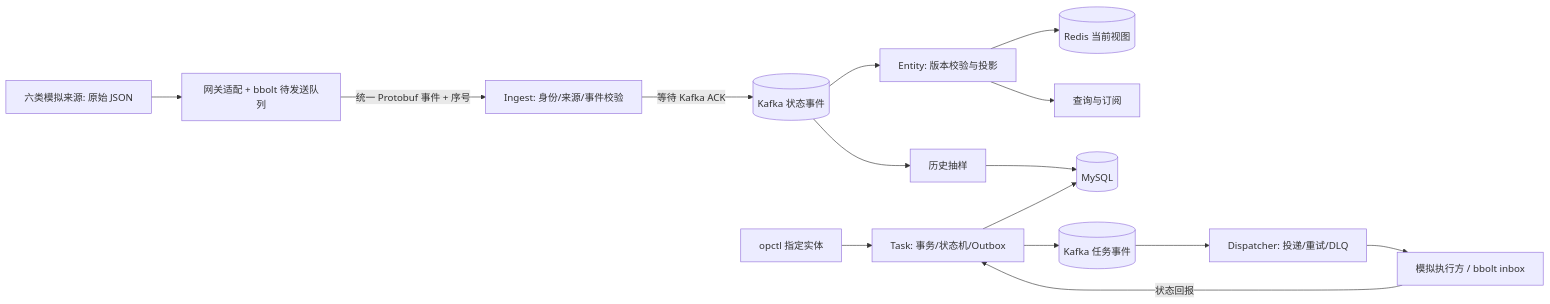
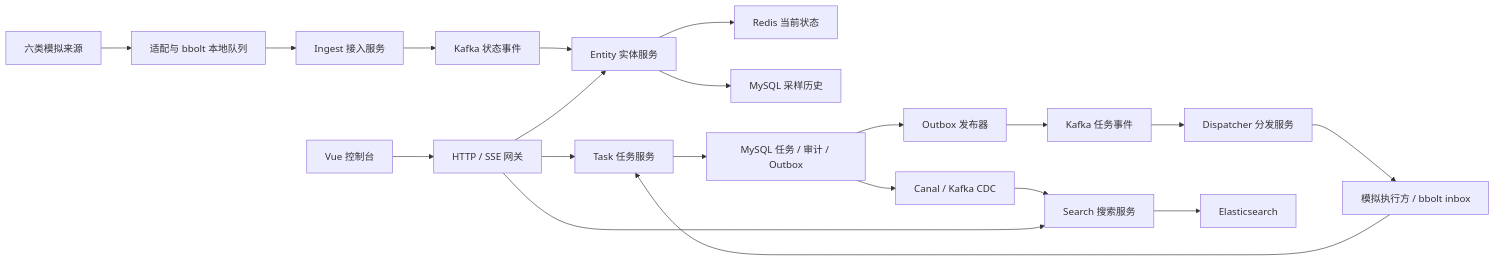
One commit to Lio6x1/meshops changed the diagram in docs/interview/interview-prep.md. Above: the diagram before and after it, drawn with Mermaid. The commit also changed other lines of this file and 3 other files, not shown here.

````diff
--- a/docs/interview/interview-prep.md
+++ b/docs/interview/interview-prep.md
@@ -50,17 +60,22 @@
 ```mermaid
 flowchart LR
-  A[六类模拟来源: 原始 JSON] --> A1[网关适配 + bbolt 待发送队列]
-  A1 -->|统一 Protobuf 事件 + 序号| B[Ingest: 身份/来源/事件校验]
-  B -->|等待 Kafka ACK| C[(Kafka 状态事件)]
-  C --> D[Entity: 版本校验与投影]
-  D --> E[(Redis 当前视图)]
-  D --> F[查询与订阅]
-  C --> G[历史抽样]
-  G --> H[(MySQL)]
-  I[opctl 指定实体] --> J[Task: 事务/状态机/Outbox]
-  J --> H
-  J --> K[(Kafka 任务事件)]
-  K --> L[Dispatcher: 投递/重试/DLQ]
-  L --> M[模拟执行方 / bbolt inbox]
-  M -->|状态回报| J
+  S[六类模拟来源] --> E[适配与 bbolt 本地队列]
+  E --> I[Ingest 接入服务]
+  I --> K[Kafka 状态事件]
+  K --> V[Entity 实体服务]
+  V --> R[Redis 当前状态]
+  V --> M[MySQL 采样历史]
+  UI[Vue 控制台] --> W[HTTP / SSE 网关]
+  W --> V
+  W --> T[Task 任务服务]
+  T --> DB[MySQL 任务 / 审计 / Outbox]
+  DB --> P[Outbox 发布器]
+  P --> TK[Kafka 任务事件]
+  TK --> D[Dispatcher 分发服务]
+  D --> X[模拟执行方 / bbolt inbox]
+  X --> T
+  DB --> C[Canal / Kafka CDC]
+  C --> Q[Search 搜索服务]
+  Q --> ES[Elasticsearch]
+  W --> Q
 ```
````
